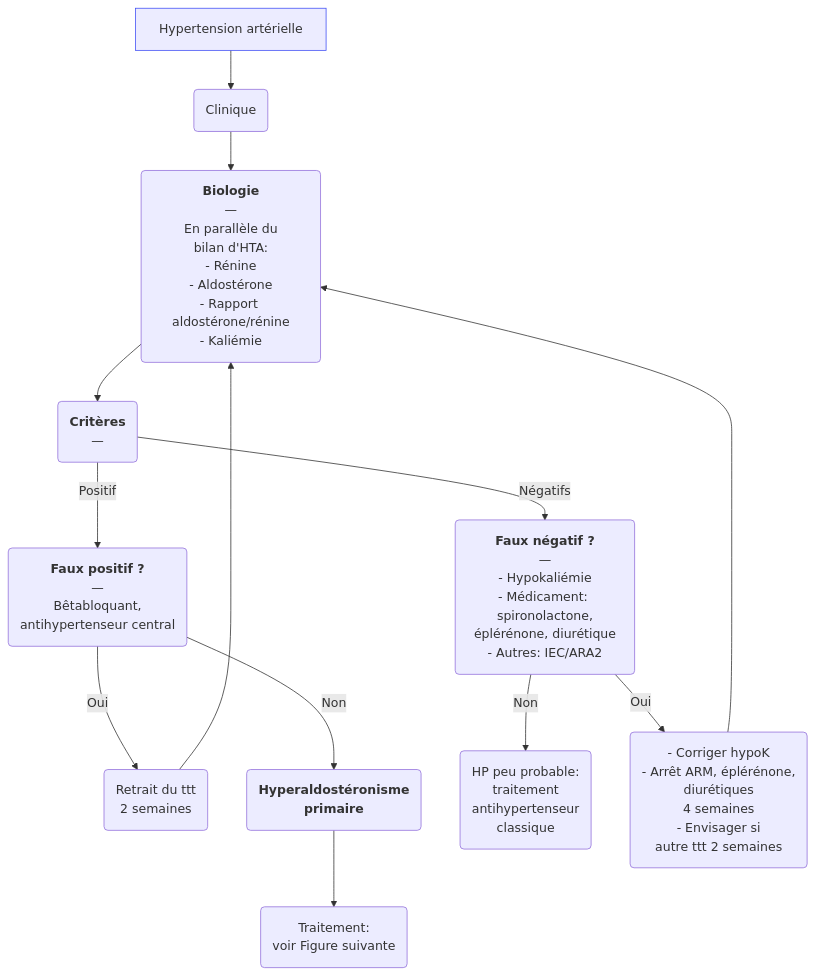
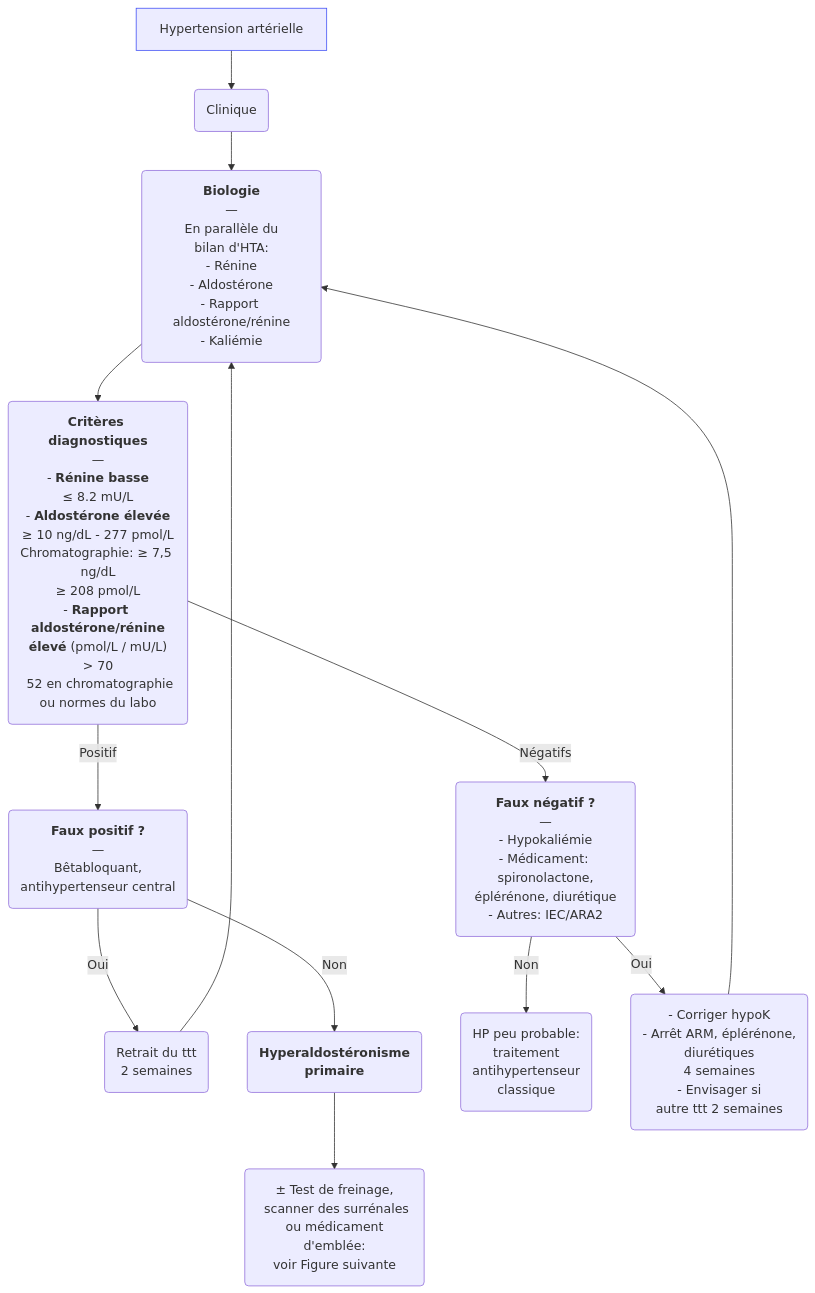
Before and after one commit to djibe/recommandations-medicales: the first of 3 diagrams in content/recommandations/hyperaldosteronisme-primaire.md, drawn with Mermaid. The commit also changed other lines of this file and 15 other files, not shown here.

```diff
--- a/content/recommandations/hyperaldosteronisme-primaire.md
+++ b/content/recommandations/hyperaldosteronisme-primaire.md
@@ -164,9 +205,9 @@
 {{< mermaid title="Dépistage de l'hyperaldostéronisme primaire chez le patient hypertendu. Dr JB Fron d'après ES 2025">}}
 graph TB
-  HTA[Hypertension artérielle] --> clinique(Clinique) --> biologie("<b>Biologie</b><br>—<br>En parallèle du<br>bilan d'HTA:<br>- Rénine<br>- Aldostérone<br>- Rapport aldostérone/rénine<br>- Kaliémie") --> critères("<b>Critères</b><br>—<br>")
+  HTA[Hypertension artérielle] --> clinique(Clinique) --> biologie("<b>Biologie</b><br>—<br>En parallèle du<br>bilan d'HTA:<br>- Rénine<br>- Aldostérone<br>- Rapport aldostérone/rénine<br>- Kaliémie") --> critères("<b>Critères diagnostiques</b><br>—<br>- <b>Rénine basse</b><br>≤ 8.2 mU/L<br>- <b>Aldostérone élevée</b><br>≥ 10 ng/dL - 277 pmol/L<br>Chromatographie: ≥ 7,5 ng/dL<br>≥ 208 pmol/L<br>- <b>Rapport aldostérone/rénine<br>élevé</b> (pmol/L / mU/L)<br>> 70<br> 52 en chromatographie<br>ou normes du labo")
   critères -- Positif --> positif("<b>Faux positif ?</b><br>—<br>Bêtabloquant,<br>antihypertenseur central") -- Oui --> retrait("Retrait du ttt<br>2 semaines") --> biologie
-    positif -- Non --> diagnostic("<b>Hyperaldostéronisme<br>primaire</b>") --> traitement("Traitement:<br>voir Figure suivante")
+    positif -- Non --> diagnostic("<b>Hyperaldostéronisme<br>primaire</b>") --> traitement("± Test de freinage,<br> scanner des surrénales<br> ou médicament d'emblée:<br>voir Figure suivante")
   critères -- Négatifs --> négatif("<b>Faux négatif ?</b><br>—<br>- Hypokaliémie<br>- Médicament: spironolactone,<br>éplérénone, diurétique<br>- Autres: IEC/ARA2") -- Non --> classique("HP peu probable:<br>traitement<br>antihypertenseur<br>classique")
     négatif -- Oui --> négatif2("- Corriger hypoK<br>- Arrêt ARM, éplérénone,<br>diurétiques<br>4 semaines<br>- Envisager si<br>autre ttt 2 semaines") --> biologie
 style HTA stroke:#4150f5, stroke-width:1px
 {{< /mermaid >}}
```
